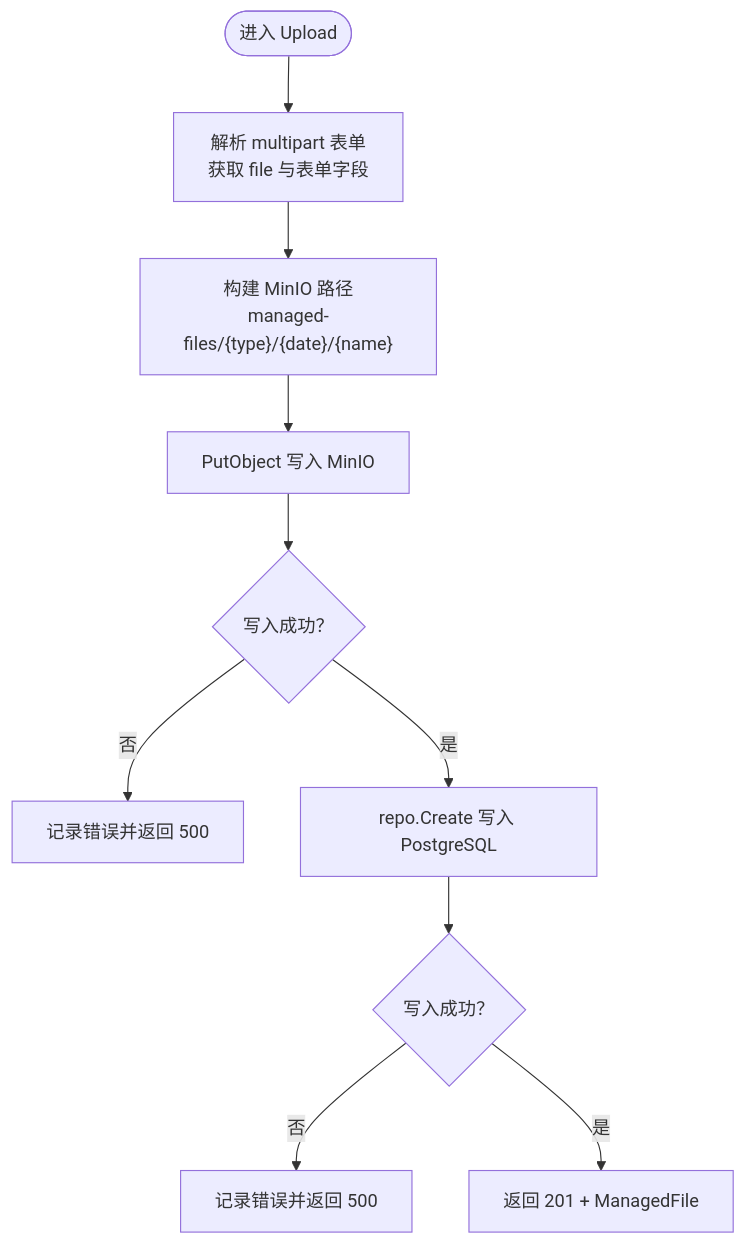
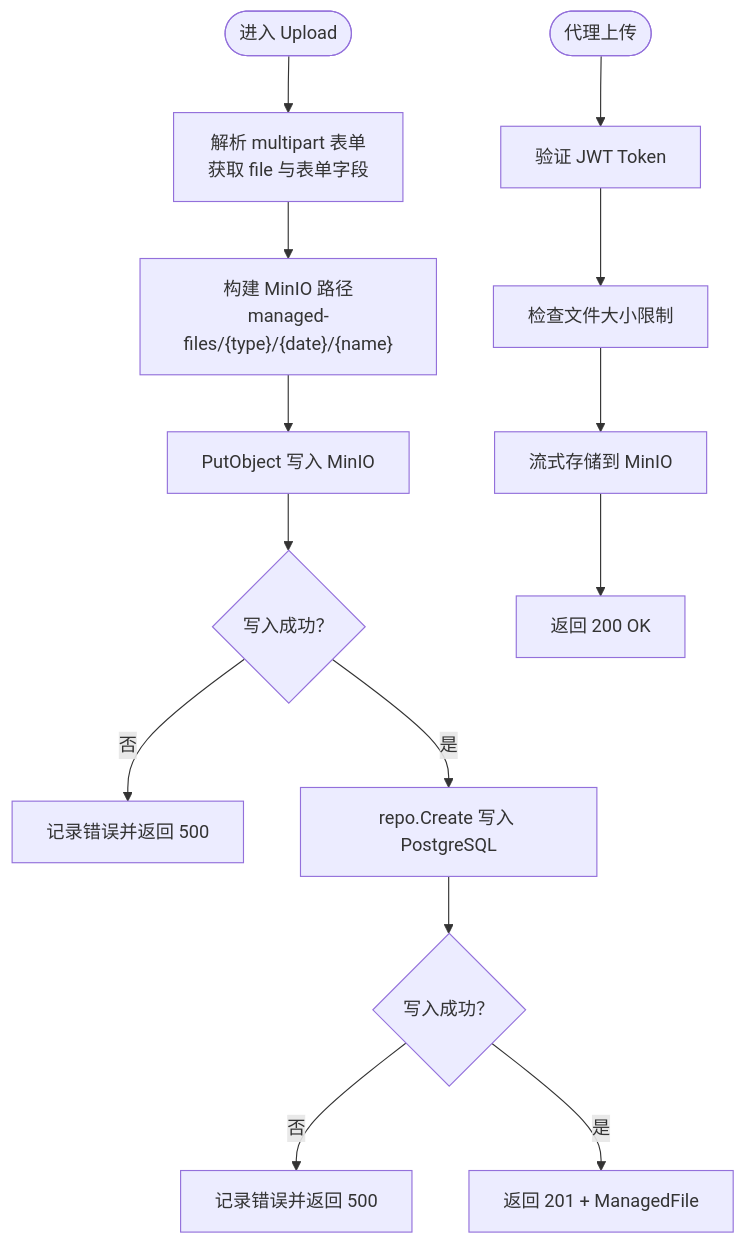
One commit to bixinhaner/xomc changed the third of 9 diagrams in .qoder/repowiki/zh/content/核心模块/文件管理模块/文件管理模块.md. Above: the diagram before and after it, drawn with Mermaid. The commit also changed other lines of this file and 4 other files, not shown here.

````diff
--- a/.qoder/repowiki/zh/content/核心模块/文件管理模块/文件管理模块.md
+++ b/.qoder/repowiki/zh/content/核心模块/文件管理模块/文件管理模块.md
@@ -154,12 +187,16 @@
 ```mermaid
 flowchart TD
 Start(["进入 Upload"]) --> Parse["解析 multipart 表单<br/>获取 file 与表单字段"]
 Parse --> PathBuild["构建 MinIO 路径<br/>managed-files/{type}/{date}/{name}"]
 PathBuild --> PutObj["PutObject 写入 MinIO"]
 PutObj --> PutOK{"写入成功？"}
 PutOK --> |否| ErrPut["记录错误并返回 500"]
 PutOK --> |是| SaveDB["repo.Create 写入 PostgreSQL"]
 SaveDB --> SaveOK{"写入成功？"}
 SaveOK --> |否| ErrDB["记录错误并返回 500"]
 SaveOK --> |是| Done["返回 201 + ManagedFile"]
+Start2(["代理上传"]) --> Token["验证 JWT Token"]
+Token --> SizeCheck["检查文件大小限制"]
+SizeCheck --> Stream["流式存储到 MinIO"]
+Stream --> Success["返回 200 OK"]
 ```
````
